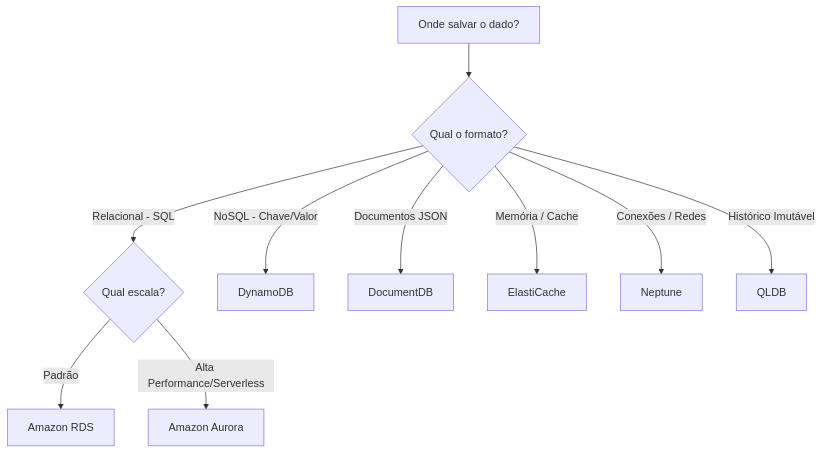
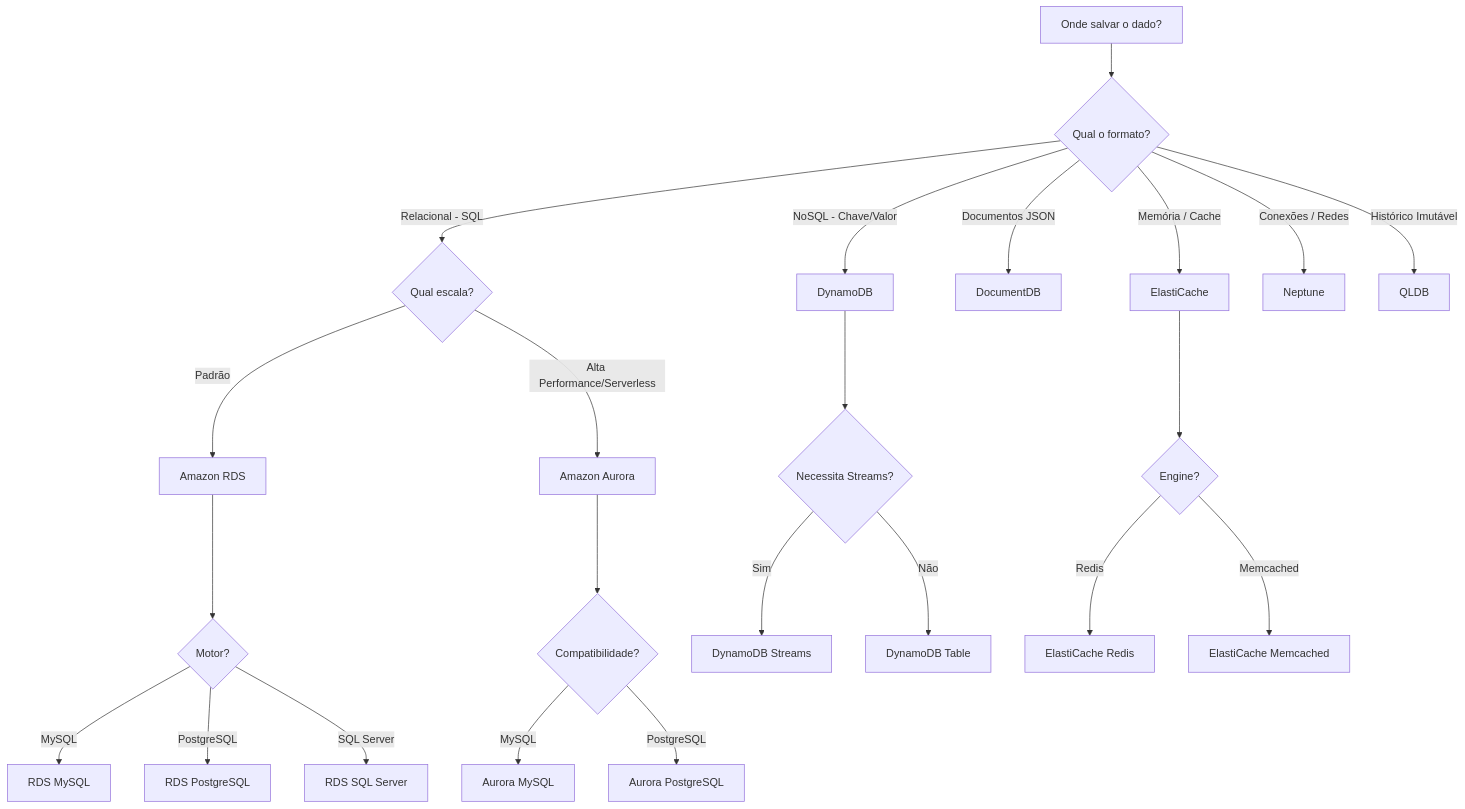
The fifth of 10 diagrams in FlashCards/Web/wwwroot/minimal/decision-trees-aws-services.md (marcelooliveira/flashcards-aws), drawn with Mermaid before and after one commit. The commit also changed other lines of this file, not shown here.

````diff
--- a/FlashCards/Web/wwwroot/minimal/decision-trees-aws-services.md
+++ b/FlashCards/Web/wwwroot/minimal/decision-trees-aws-services.md
@@ -59,12 +132,25 @@
 ```mermaid
 graph TD
     A[Onde salvar o dado?] --> B{Qual o formato?}
     B -- Relacional - SQL --> C{Qual escala?}
     C -- Padrão --> D[Amazon RDS]
+    D --> D1{Motor?}
+    D1 -- MySQL --> D2[RDS MySQL]
+    D1 -- PostgreSQL --> D3[RDS PostgreSQL]
+    D1 -- SQL Server --> D4[RDS SQL Server]
     C -- Alta Performance/Serverless --> E[Amazon Aurora]
+    E --> E1{Compatibilidade?}
+    E1 -- MySQL --> E2[Aurora MySQL]
+    E1 -- PostgreSQL --> E3[Aurora PostgreSQL]
     B -- NoSQL - Chave/Valor --> F[DynamoDB]
+    F --> F1{Necessita Streams?}
+    F1 -- Sim --> F2[DynamoDB Streams]
+    F1 -- Não --> F3[DynamoDB Table]
     B -- Documentos JSON --> G[DocumentDB]
     B -- Memória / Cache --> H[ElastiCache]
+    H --> H1{Engine?}
+    H1 -- Redis --> H2[ElastiCache Redis]
+    H1 -- Memcached --> H3[ElastiCache Memcached]
     B -- Conexões / Redes --> I[Neptune]
     B -- Histórico Imutável --> J[QLDB]
 ```
````
